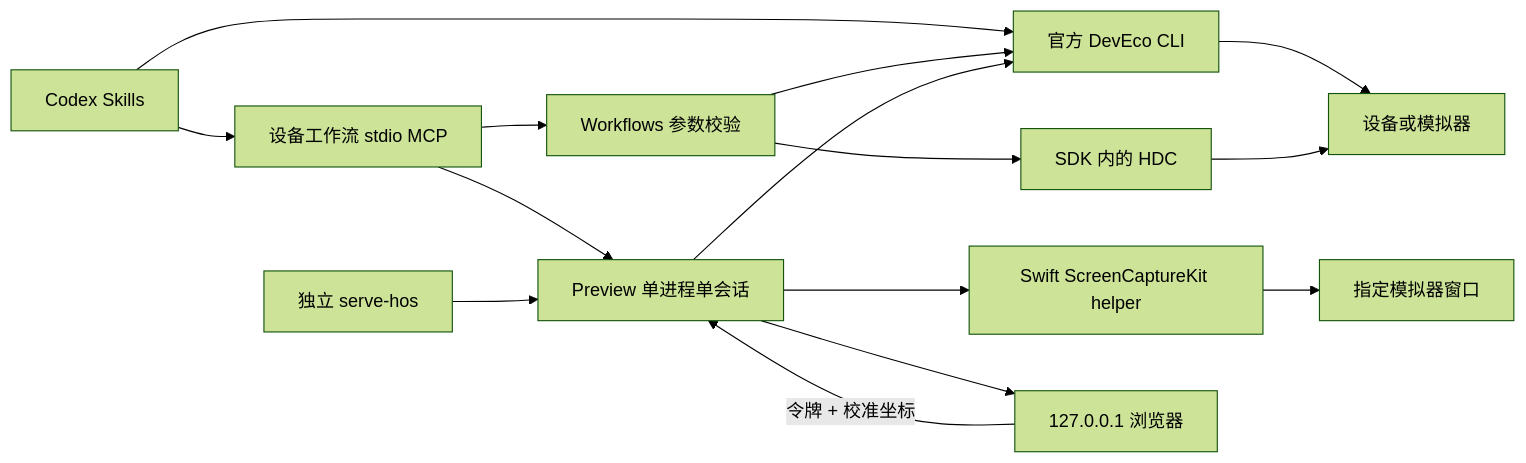
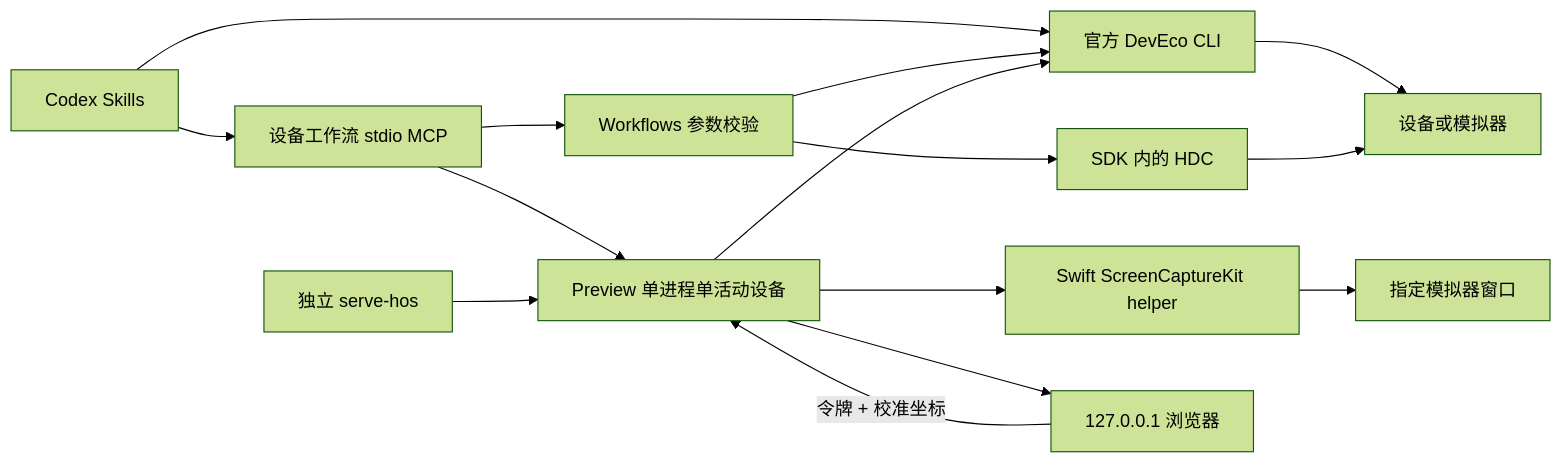
The diagram in docs/architecture.md (QQQZZZY/build-harmonyos-apps), drawn with Mermaid (forest theme) before and after one commit. The commit also changed other lines of this file and 21 other files, not shown here.

````diff
--- a/docs/architecture.md
+++ b/docs/architecture.md
@@ -5,17 +5,17 @@
 ```mermaid
 flowchart LR
   C[Codex Skills] --> O[官方 DevEco CLI]
   C --> M[设备工作流 stdio MCP]
   M --> W[Workflows 参数校验]
   W --> O
   W --> H[SDK 内的 HDC]
-  M --> P[Preview 单进程单会话]
+  M --> P[Preview 单进程单活动设备]
   CLI[独立 serve-hos] --> P
   P --> S[Swift ScreenCaptureKit helper]
   S --> E[指定模拟器窗口]
   P --> O
   O --> D[设备或模拟器]
   H --> D
   P --> B[127.0.0.1 浏览器]
   B -->|令牌 + 校准坐标| P
 ```
````
